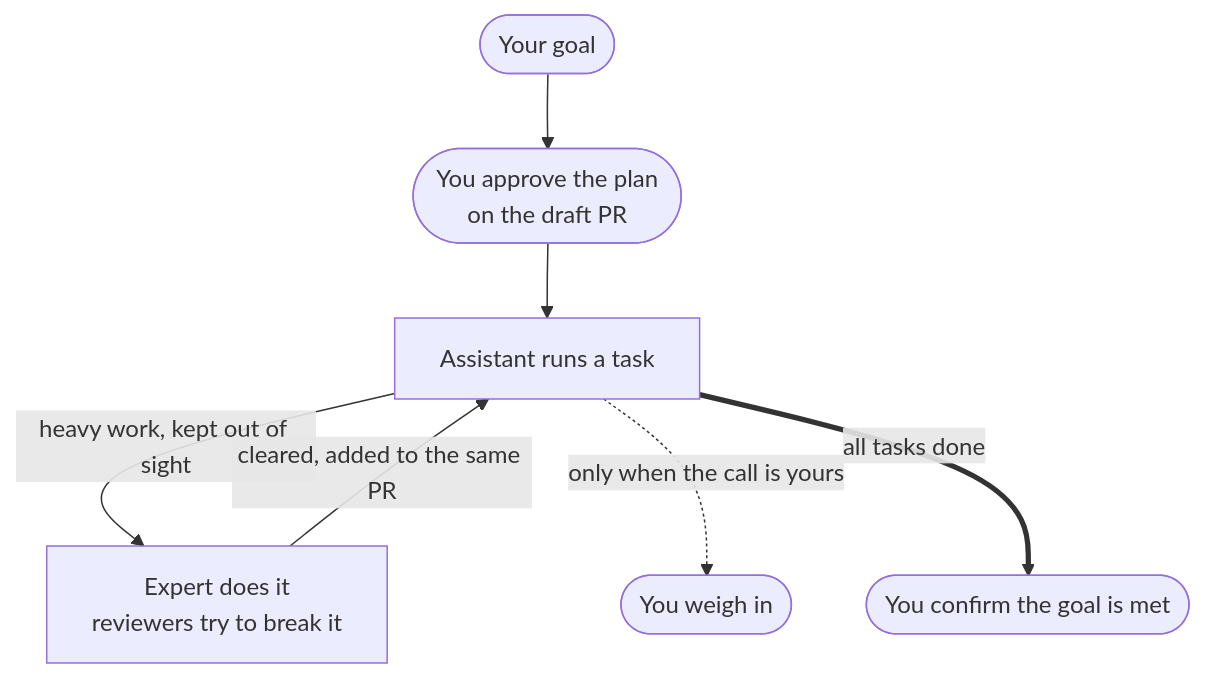
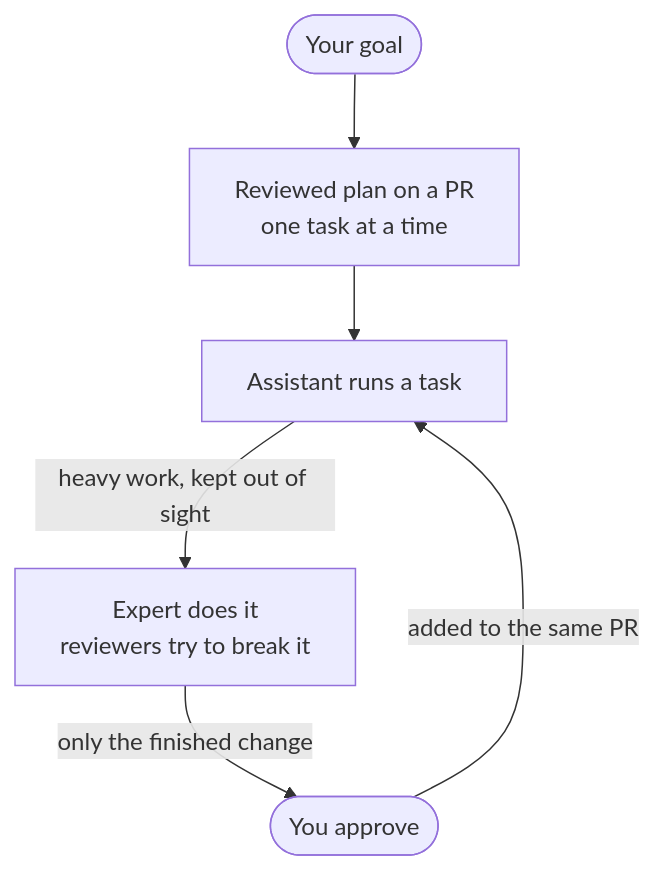
Before and after one commit to lovaizu/ccpm: the diagram in rn/README.md, drawn with Mermaid. The commit also changed other lines of this file and 72 other files, not shown here.

````diff
--- a/rn/README.md
+++ b/rn/README.md
@@ -18,9 +18,8 @@
 ```mermaid
 flowchart TD
-  G([Your goal]) --> P([You approve the plan<br/>on the draft PR])
+  G([Your goal]) --> P[Reviewed plan on a PR<br/>one task at a time]
   P --> W[Assistant runs a task]
   W -->|heavy work, kept out of sight| X[Expert does it<br/>reviewers try to break it]
-  X -->|cleared, added to the same PR| W
-  W -.->|only when the call is yours| C([You weigh in])
-  W ==>|all tasks done| D([You confirm the goal is met])
+  X -->|only the finished change| Y([You approve])
+  Y -->|added to the same PR| W
 ```
````
